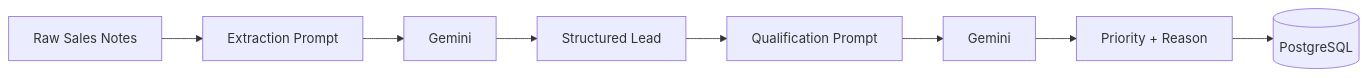
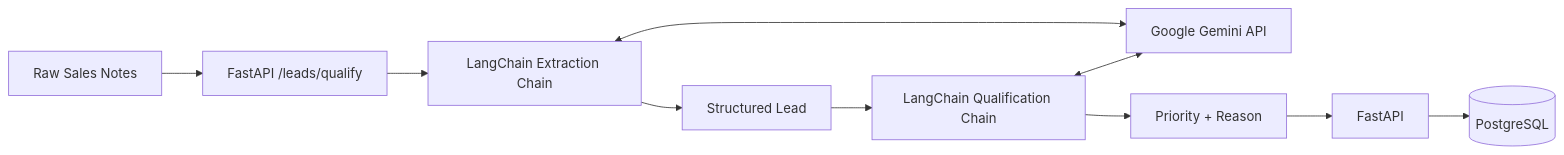
The second of 2 diagrams in README.md (swarnadipd/LeadTrack), drawn with Mermaid before and after one commit. The commit also changed other lines of this file, not shown here.

Commit message:
Improve README  diagram

````diff
--- a/README.md
+++ b/README.md
@@ -73,10 +111,20 @@
 ```mermaid
 flowchart LR
-    A[Raw Sales Notes] --> B[Extraction Prompt]
-    B --> C[Gemini]
-    C --> D[Structured Lead]
-    D --> E[Qualification Prompt]
-    E --> F[Gemini]
+    A[Raw Sales Notes] --> B[FastAPI /leads/qualify]
+
+    B --> C[LangChain Extraction Chain]
+
+    C <--> D[Google Gemini API]
+
+    C --> E[Structured Lead]
+
+    E --> F[LangChain Qualification Chain]
+
+    F <--> D
+
     F --> G[Priority + Reason]
-    G --> H[(PostgreSQL)]
+
+    G --> H[FastAPI]
+
+    H --> I[(PostgreSQL)]
 ```
````
